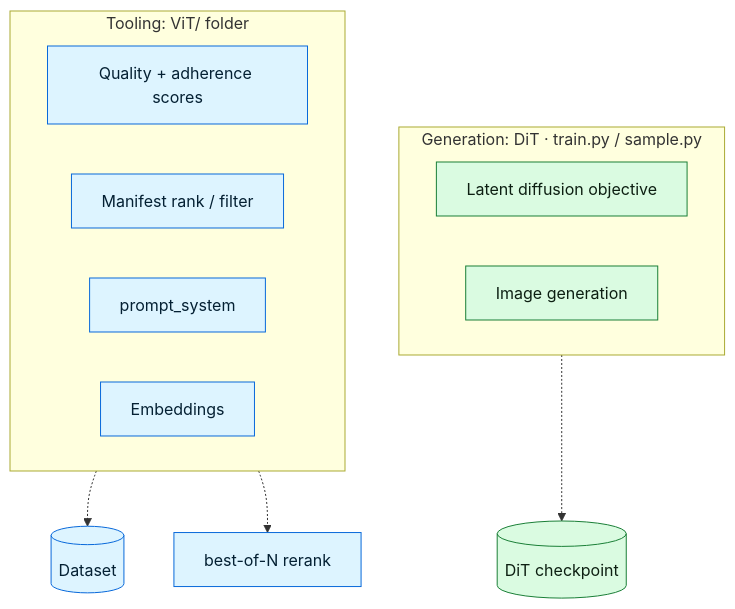
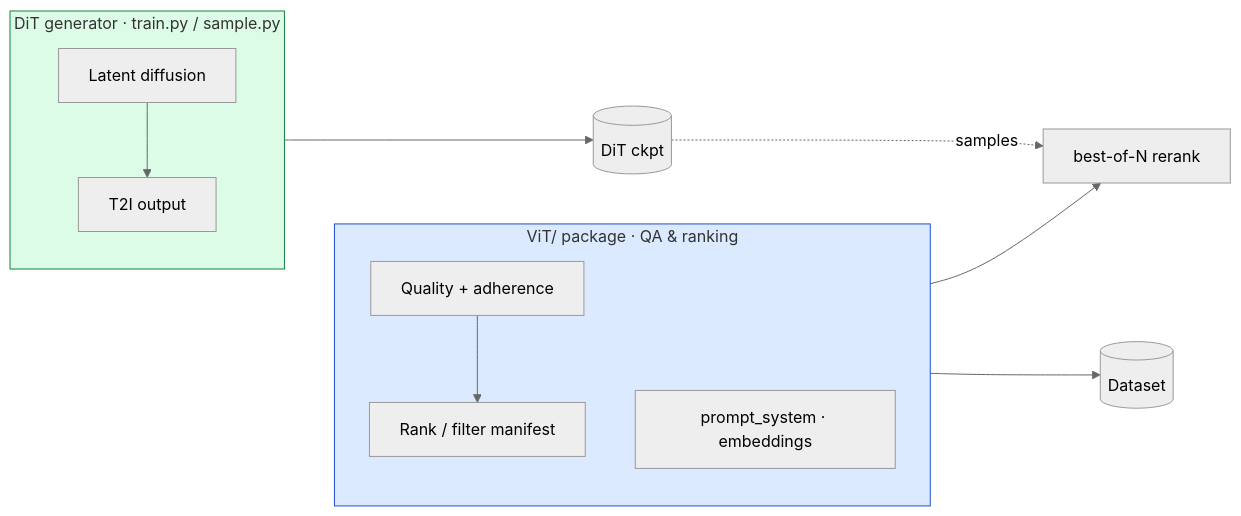
Before and after one commit to Llunarstack/sdx: the fifth of 6 diagrams in README.md, drawn with Mermaid. The commit also changed other lines of this file and 11 other files, not shown here.

Commit message:
diffusion: schedules, soft min-SNR weights, README redesign; wire train.py

````diff
--- a/README.md
+++ b/README.md
@@ -288,25 +362,24 @@
 ```mermaid
-flowchart TB
-  classDef gen fill:#dafbe1,stroke:#1a7f37,color:#0d1f12
-  classDef tool fill:#ddf4ff,stroke:#0969da,color:#042033
-
-  subgraph G["Generation: DiT · train.py / sample.py"]
-    A[Latent diffusion objective]:::gen
-    B[Image generation]:::gen
+%%{init: {'theme':'neutral'}}%%
+flowchart LR
+  subgraph GEN["DiT generator · train.py / sample.py"]
+    G1[Latent diffusion] --> G2[T2I output]
   end
 
-  subgraph T["Tooling: ViT/ folder"]
-    C[Quality + adherence scores]:::tool
-    D[Manifest rank / filter]:::tool
-    E[prompt_system]:::tool
-    F[Embeddings]:::tool
+  subgraph VIT["ViT/ package · QA & ranking"]
+    V1[Quality + adherence] --> V2[Rank / filter manifest]
+    V3[prompt_system · embeddings]
   end
 
-  CKPT2[(DiT checkpoint)]:::gen
-  DS3[(Dataset)]:::tool
-  N[best-of-N rerank]:::tool
+  CKPT[(DiT ckpt)]
+  DATA[(Dataset)]
+  PICK[best-of-N rerank]
 
-  G -.-> CKPT2
-  T -.-> DS3
-  T -.-> N
+  GEN --> CKPT
+  VIT --> DATA
+  VIT --> PICK
+  CKPT -.->|samples| PICK
+
+  style GEN fill:#dcfce7,stroke:#15803d
+  style VIT fill:#dbeafe,stroke:#1d4ed8
 ```
````
